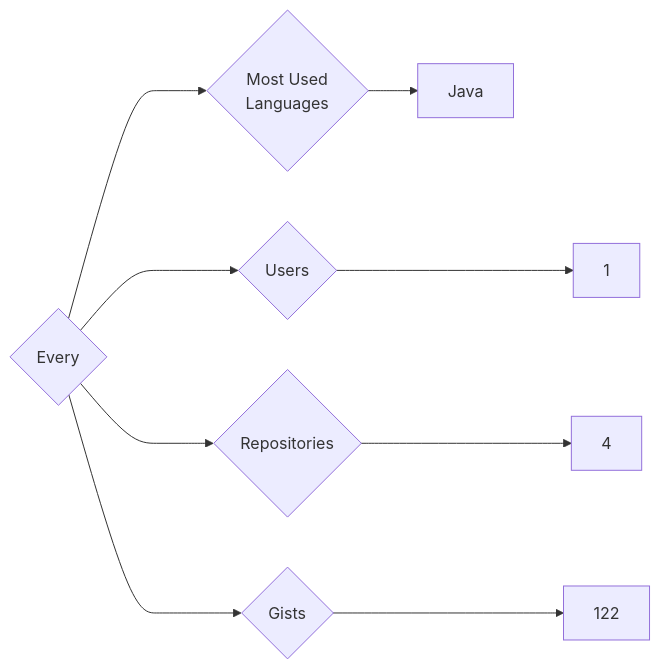
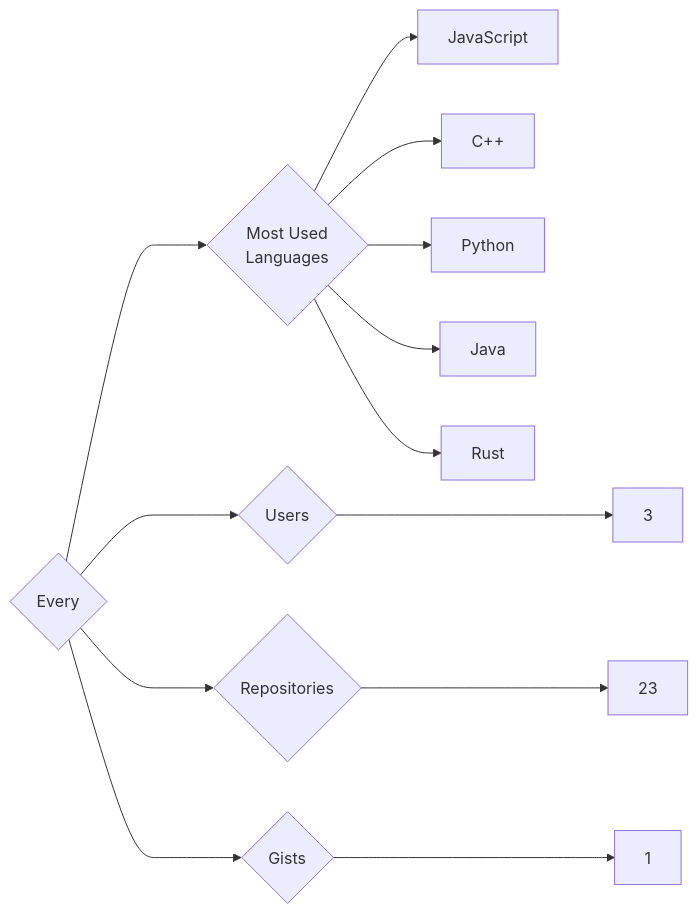
The diagram in targets/Every/README.md (trickest/insiders), drawn with Mermaid before and after one commit. The commit also changed 847 other files, not shown here.

````diff
--- a/targets/Every/README.md
+++ b/targets/Every/README.md
@@ -3,9 +3,13 @@
 ```mermaid
 graph LR
 COMPANY_NAME{Every}
-COMPANY_NAME ---> U{Users} ---> UN[1]
-COMPANY_NAME ---> R{Repositories} ---> RN[4]
-COMPANY_NAME ---> G{Gists} ---> GN[122]
+COMPANY_NAME ---> U{Users} ---> UN[3]
+COMPANY_NAME ---> R{Repositories} ---> RN[23]
+COMPANY_NAME ---> G{Gists} ---> GN[1]
 COMPANY_NAME ---> ML{Most Used<br>Languages}
+ML --> JavaScript[JavaScript]
+ML --> C++[C++]
+ML --> Python[Python]
 ML --> Java[Java]
+ML --> Rust[Rust]
 ```
````
